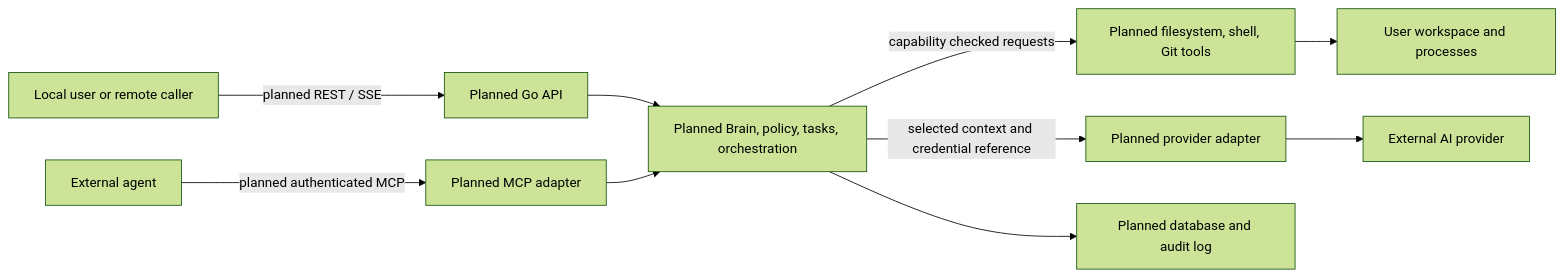
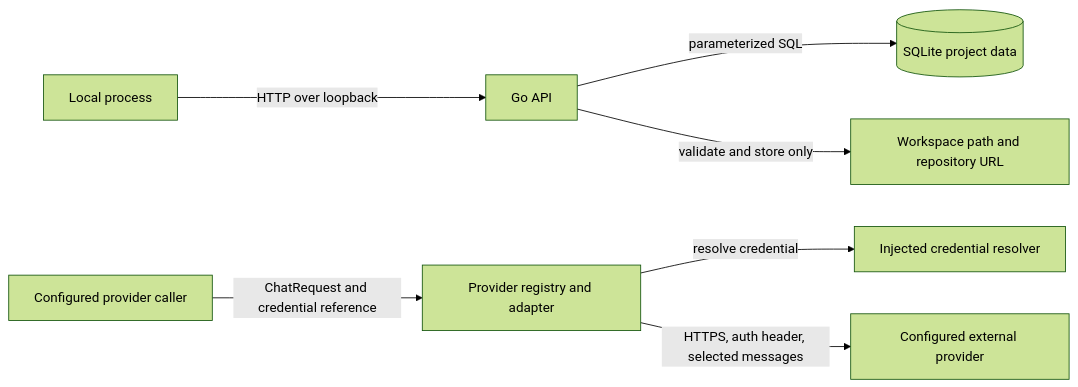
Before and after one commit to Hangell/boAIrd: the diagram in THREAT_MODEL.md, drawn with Mermaid (forest theme). The commit also changed other lines of this file and 7 other files, not shown here.

First line of the commit message:
fix: harden provider adapter behavior

````diff
--- a/THREAT_MODEL.md
+++ b/THREAT_MODEL.md
@@ -39,12 +34,9 @@
 ```mermaid
 flowchart LR
-  User[Local user or remote caller] -->|planned REST / SSE| API[Planned Go API]
-  Ext[External agent] -->|planned authenticated MCP| MCP[Planned MCP adapter]
-  API --> Domain[Planned Brain, policy, tasks, orchestration]
-  MCP --> Domain
-  Domain -->|capability checked requests| Tools[Planned filesystem, shell, Git tools]
-  Domain -->|selected context and credential reference| Provider[Planned provider adapter]
-  Tools --> Workspace[User workspace and processes]
-  Provider --> External[External AI provider]
-  Domain --> Store[Planned database and audit log]
+  Local[Local process] -->|HTTP over loopback| API[Go API]
+  API -->|parameterized SQL| DB[(SQLite project data)]
+  API -->|validate and store only| Meta[Workspace path and repository URL]
+  Caller[Configured provider caller] -->|ChatRequest and credential reference| Registry[Provider registry and adapter]
+  Registry -->|resolve credential| Resolver[Injected credential resolver]
+  Registry -->|HTTPS, auth header, selected messages| Vendor[Configured external provider]
 ```
````
